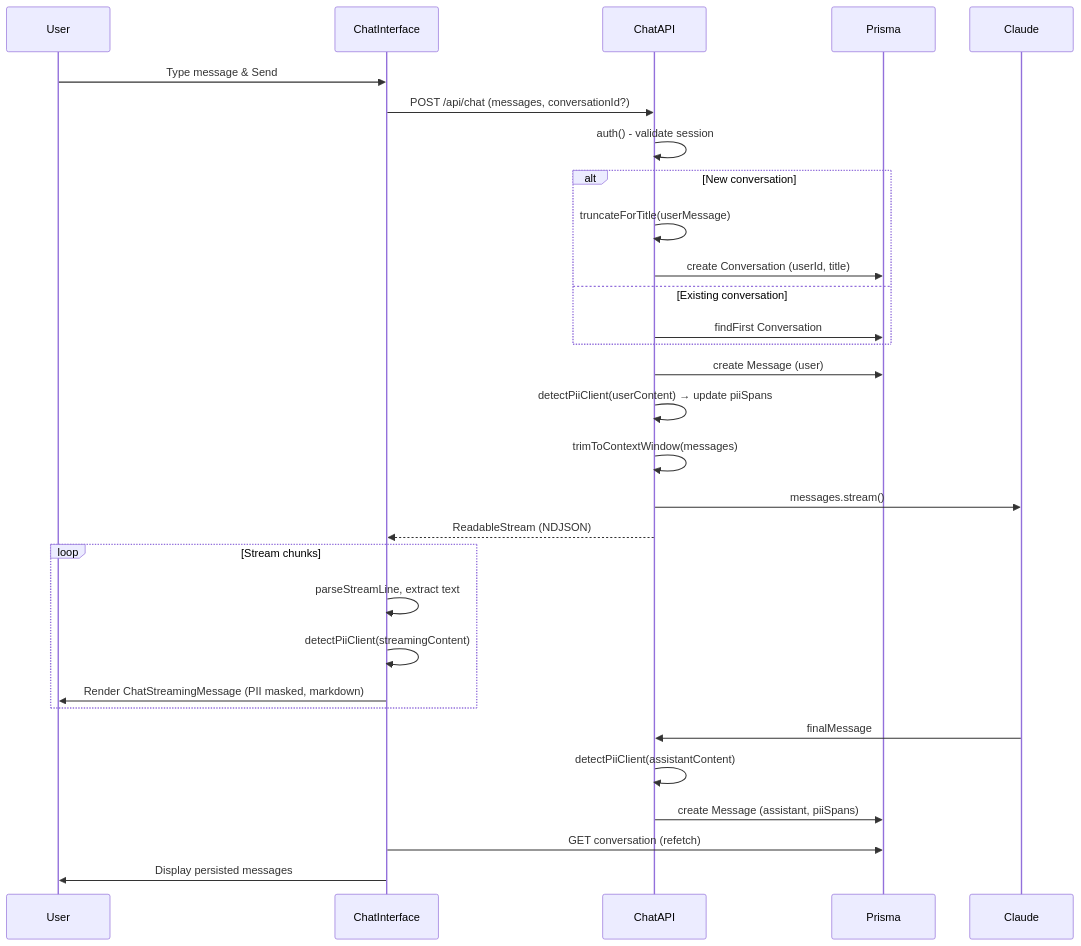
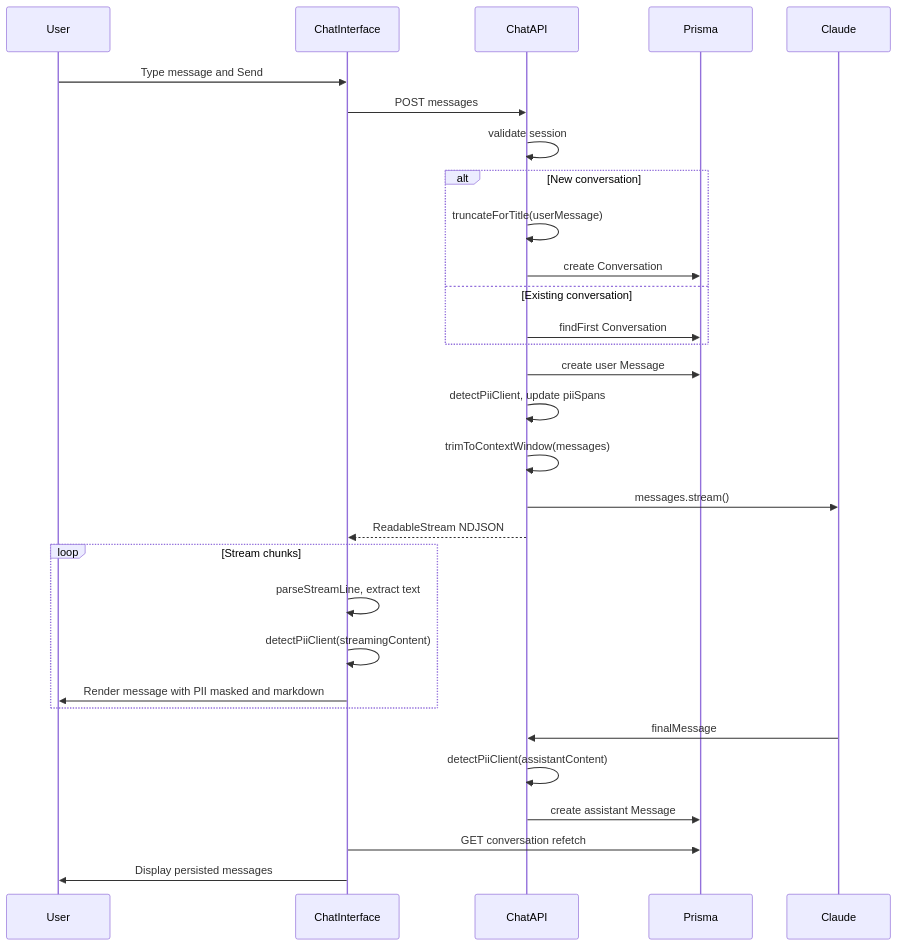
The second of 3 diagrams in README.md (Grigoli2001/interview-1), drawn with Mermaid before and after one commit. The commit also changed other lines of this file, not shown here.

Commit message:
Update README.md to clarify architecture diagrams and improve terminology. Adjust subgraph labels for consistency, enhance message flow descriptions, and refine API route references for better understanding of the chat application structure.

````diff
--- a/README.md
+++ b/README.md
@@ -96,38 +96,37 @@
 ```mermaid
 sequenceDiagram
     participant User
     participant ChatInterface
     participant ChatAPI
     participant Prisma
     participant Claude
 
-    User->>ChatInterface: Type message & Send
-    ChatInterface->>ChatAPI: POST /api/chat (messages, conversationId?)
-    
-    ChatAPI->>ChatAPI: auth() - validate session
+    User->>ChatInterface: Type message and Send
+    ChatInterface->>ChatAPI: POST messages
+    ChatAPI->>ChatAPI: validate session
     alt New conversation
         ChatAPI->>ChatAPI: truncateForTitle(userMessage)
-        ChatAPI->>Prisma: create Conversation (userId, title)
+        ChatAPI->>Prisma: create Conversation
     else Existing conversation
         ChatAPI->>Prisma: findFirst Conversation
     end
 
-    ChatAPI->>Prisma: create Message (user)
-    ChatAPI->>ChatAPI: detectPiiClient(userContent) → update piiSpans
+    ChatAPI->>Prisma: create user Message
+    ChatAPI->>ChatAPI: detectPiiClient, update piiSpans
     ChatAPI->>ChatAPI: trimToContextWindow(messages)
     
     ChatAPI->>Claude: messages.stream()
-    ChatAPI-->>ChatInterface: ReadableStream (NDJSON)
+    ChatAPI-->>ChatInterface: ReadableStream NDJSON
     
     loop Stream chunks
         ChatInterface->>ChatInterface: parseStreamLine, extract text
         ChatInterface->>ChatInterface: detectPiiClient(streamingContent)
-        ChatInterface->>User: Render ChatStreamingMessage (PII masked, markdown)
+        ChatInterface->>User: Render message with PII masked and markdown
     end
 
     Claude->>ChatAPI: finalMessage
     ChatAPI->>ChatAPI: detectPiiClient(assistantContent)
-    ChatAPI->>Prisma: create Message (assistant, piiSpans)
-    ChatInterface->>Prisma: GET conversation (refetch)
+    ChatAPI->>Prisma: create assistant Message
+    ChatInterface->>Prisma: GET conversation refetch
     ChatInterface->>User: Display persisted messages
 ```
````
